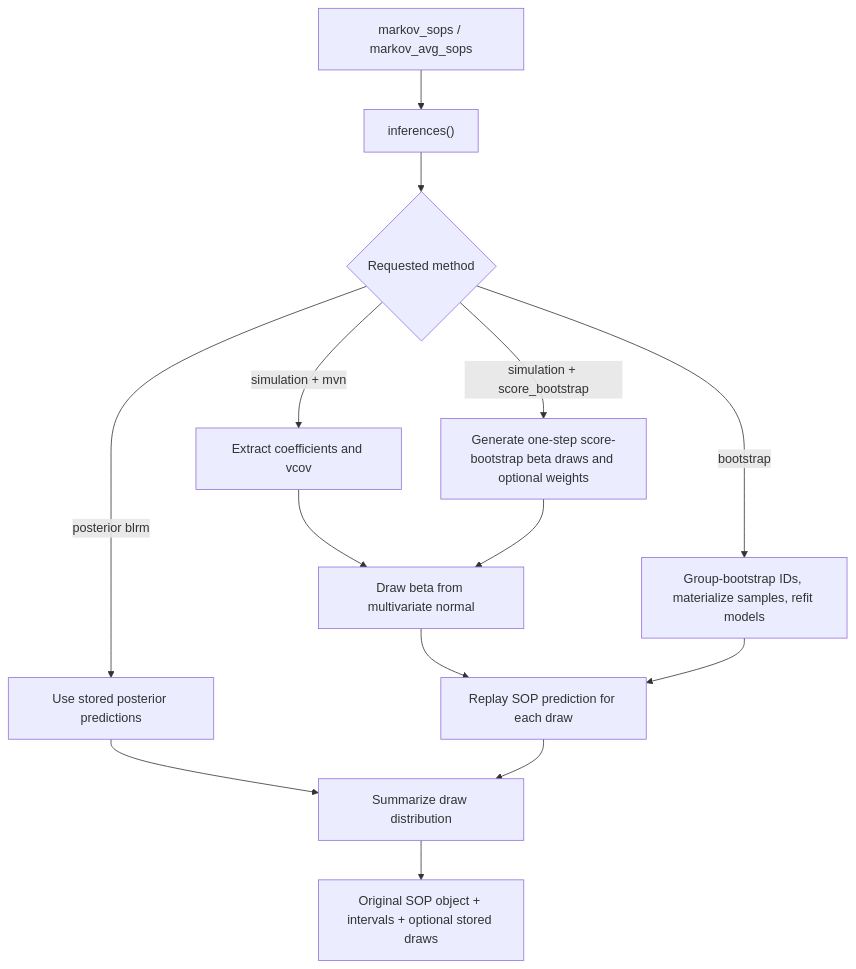
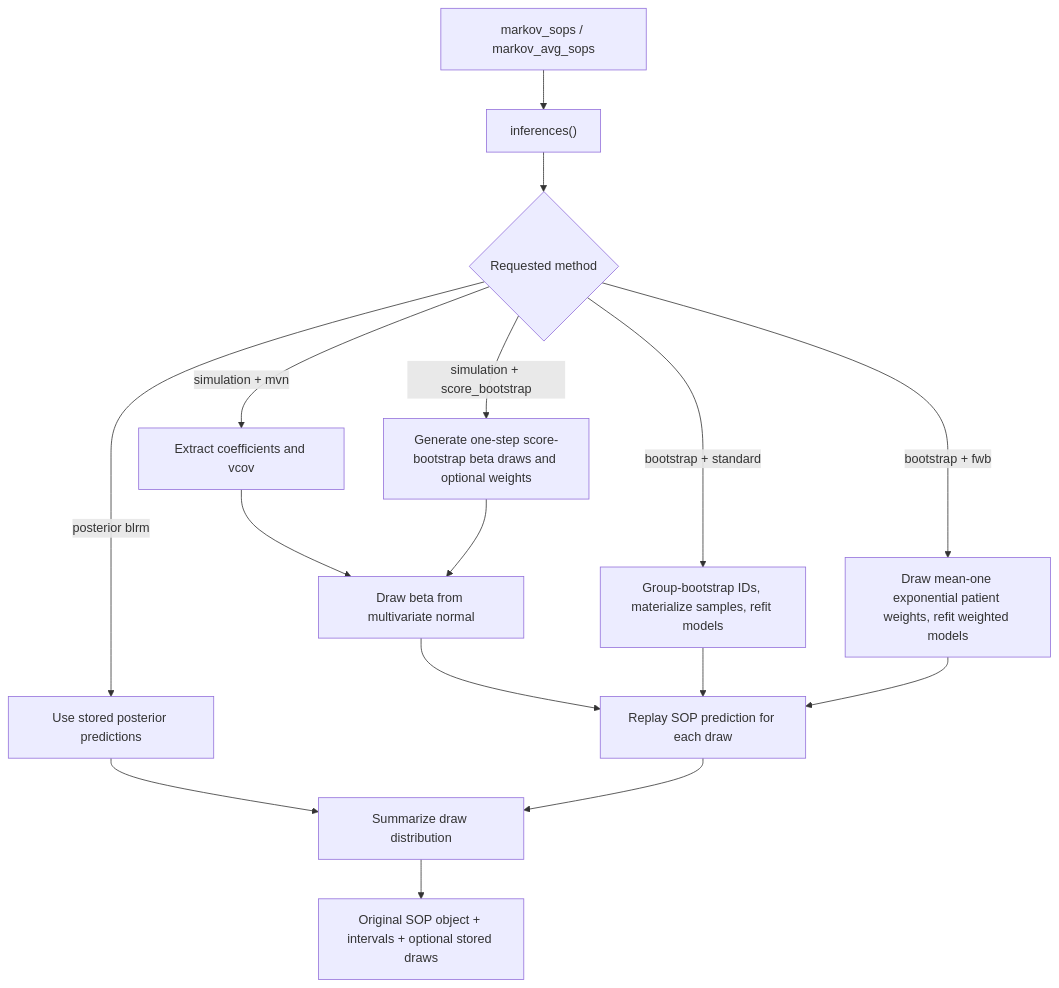
The fourth of 6 diagrams in ARCHITECTURE.md (scjohannes/markov.misc), drawn with Mermaid before and after one commit. The commit also changed other lines of this file and 14 other files, not shown here.

Commit message:
// add fractional weighted bootstrap inference

````diff
--- a/ARCHITECTURE.md
+++ b/ARCHITECTURE.md
@@ -275,16 +275,18 @@
 ```mermaid
 flowchart TD
   SOP["markov_sops / markov_avg_sops"] --> INF["inferences()"]
   INF --> KIND{"Requested method"}
   KIND -- "simulation + mvn" --> VCOV["Extract coefficients and vcov"]
   VCOV --> DRAWS["Draw beta from multivariate normal"]
   KIND -- "simulation + score_bootstrap" --> SCORE["Generate one-step score-bootstrap beta draws and optional weights"]
   SCORE --> DRAWS
-  KIND -- "bootstrap" --> RESAMPLE["Group-bootstrap IDs, materialize samples, refit models"]
+  KIND -- "bootstrap + standard" --> RESAMPLE["Group-bootstrap IDs, materialize samples, refit models"]
+  KIND -- "bootstrap + fwb" --> FWB["Draw mean-one exponential patient weights, refit weighted models"]
   KIND -- "posterior blrm" --> POST["Use stored posterior predictions"]
   DRAWS --> REPLAY["Replay SOP prediction for each draw"]
   RESAMPLE --> REPLAY
+  FWB --> REPLAY
   POST --> CI["Summarize draw distribution"]
   REPLAY --> CI
   CI --> OUT["Original SOP object + intervals + optional stored draws"]
 ```
````
